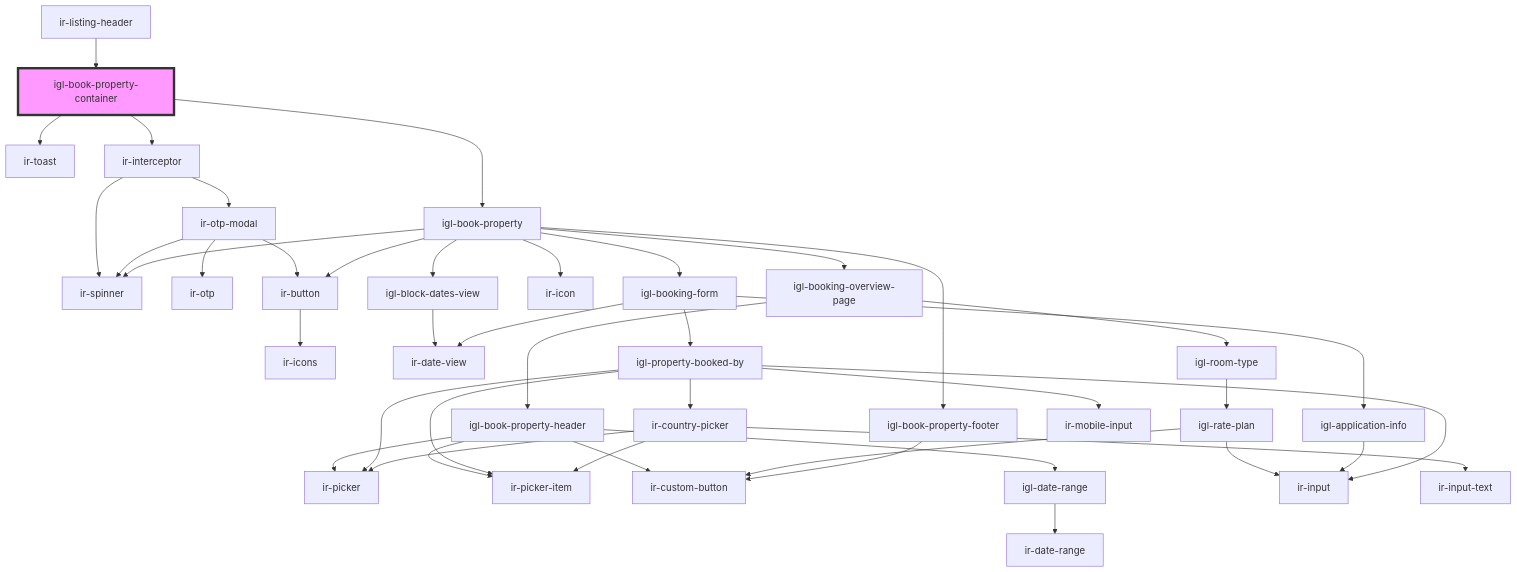
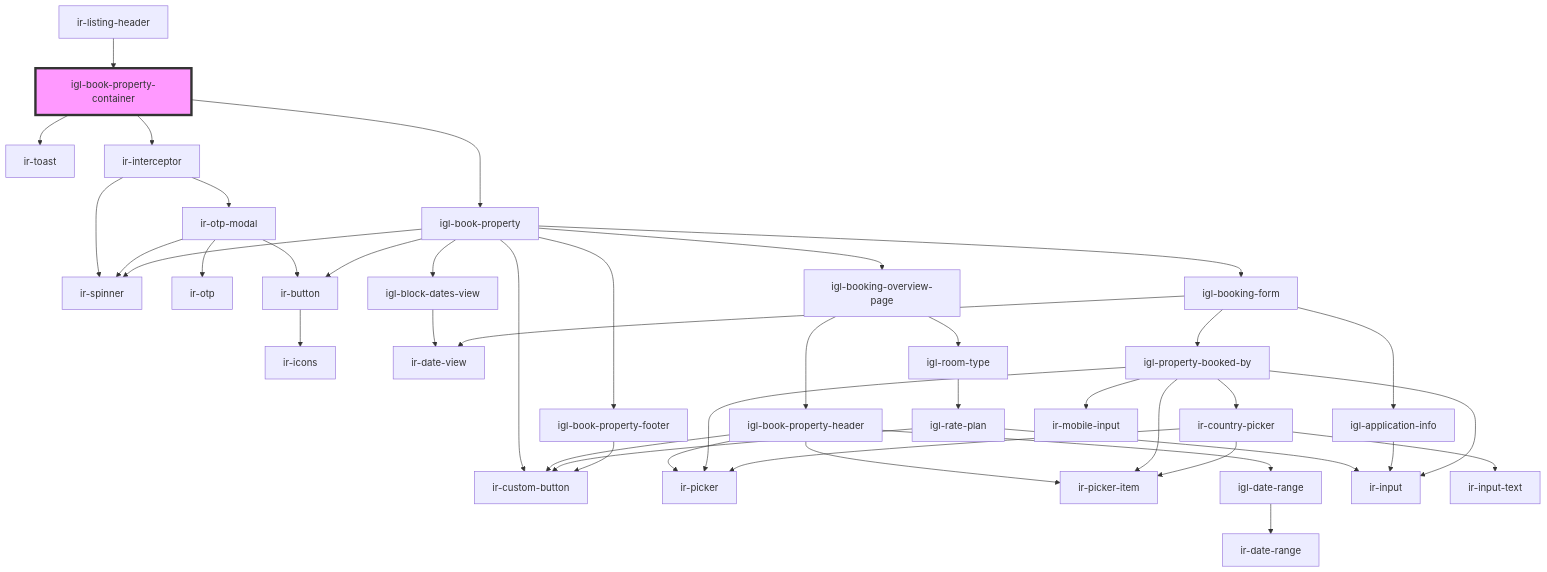
One commit to David1Chowaifaty/modified-ir-webcmp changed the diagram in src/components/igl-book-property-container/readme.md. Above: the diagram before and after it, drawn with Mermaid. The commit also changed 20 other files, not shown here.

First line of the commit message:
Refactor igl-book-property and igloo-calendar components to replace ir-icon with ir-custom-button

````diff
--- a/src/components/igl-book-property-container/readme.md
+++ b/src/components/igl-book-property-container/readme.md
@@ -41,45 +41,45 @@
 ```mermaid
 graph TD;
   igl-book-property-container --> ir-toast
   igl-book-property-container --> ir-interceptor
   igl-book-property-container --> igl-book-property
   ir-interceptor --> ir-spinner
   ir-interceptor --> ir-otp-modal
   ir-otp-modal --> ir-spinner
   ir-otp-modal --> ir-otp
   ir-otp-modal --> ir-button
   ir-button --> ir-icons
   igl-book-property --> igl-block-dates-view
   igl-book-property --> ir-spinner
-  igl-book-property --> ir-icon
+  igl-book-property --> ir-custom-button
   igl-book-property --> igl-booking-overview-page
   igl-book-property --> igl-booking-form
   igl-book-property --> ir-button
   igl-book-property --> igl-book-property-footer
   igl-block-dates-view --> ir-date-view
   igl-booking-overview-page --> igl-book-property-header
   igl-booking-overview-page --> igl-room-type
   igl-book-property-header --> ir-picker
   igl-book-property-header --> ir-picker-item
   igl-book-property-header --> ir-custom-button
   igl-book-property-header --> igl-date-range
   igl-date-range --> ir-date-range
   igl-room-type --> igl-rate-plan
   igl-rate-plan --> ir-input
   igl-rate-plan --> ir-custom-button
   igl-booking-form --> ir-date-view
   igl-booking-form --> igl-application-info
   igl-booking-form --> igl-property-booked-by
   igl-application-info --> ir-input
   igl-property-booked-by --> ir-picker
   igl-property-booked-by --> ir-picker-item
   igl-property-booked-by --> ir-input
   igl-property-booked-by --> ir-country-picker
   igl-property-booked-by --> ir-mobile-input
   ir-country-picker --> ir-picker
   ir-country-picker --> ir-picker-item
   ir-country-picker --> ir-input-text
   igl-book-property-footer --> ir-custom-button
   ir-listing-header --> igl-book-property-container
   style igl-book-property-container fill:#f9f,stroke:#333,stroke-width:4px
 ```
````
